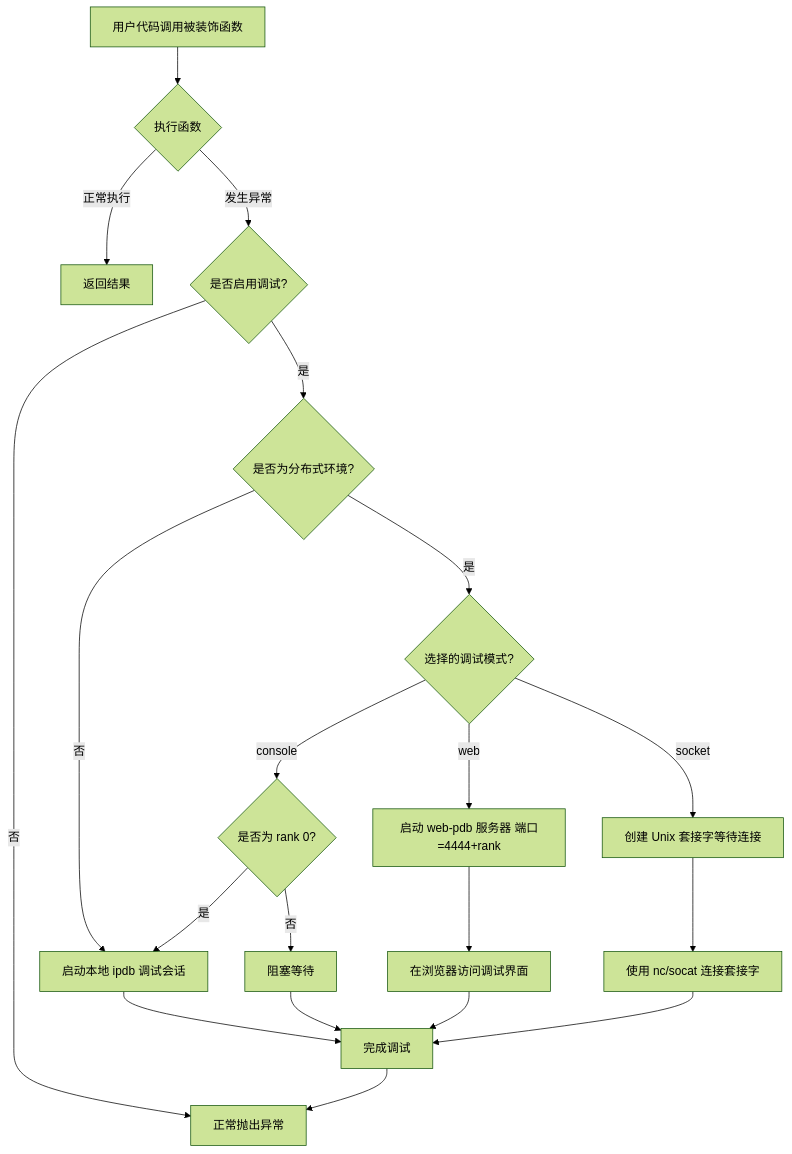
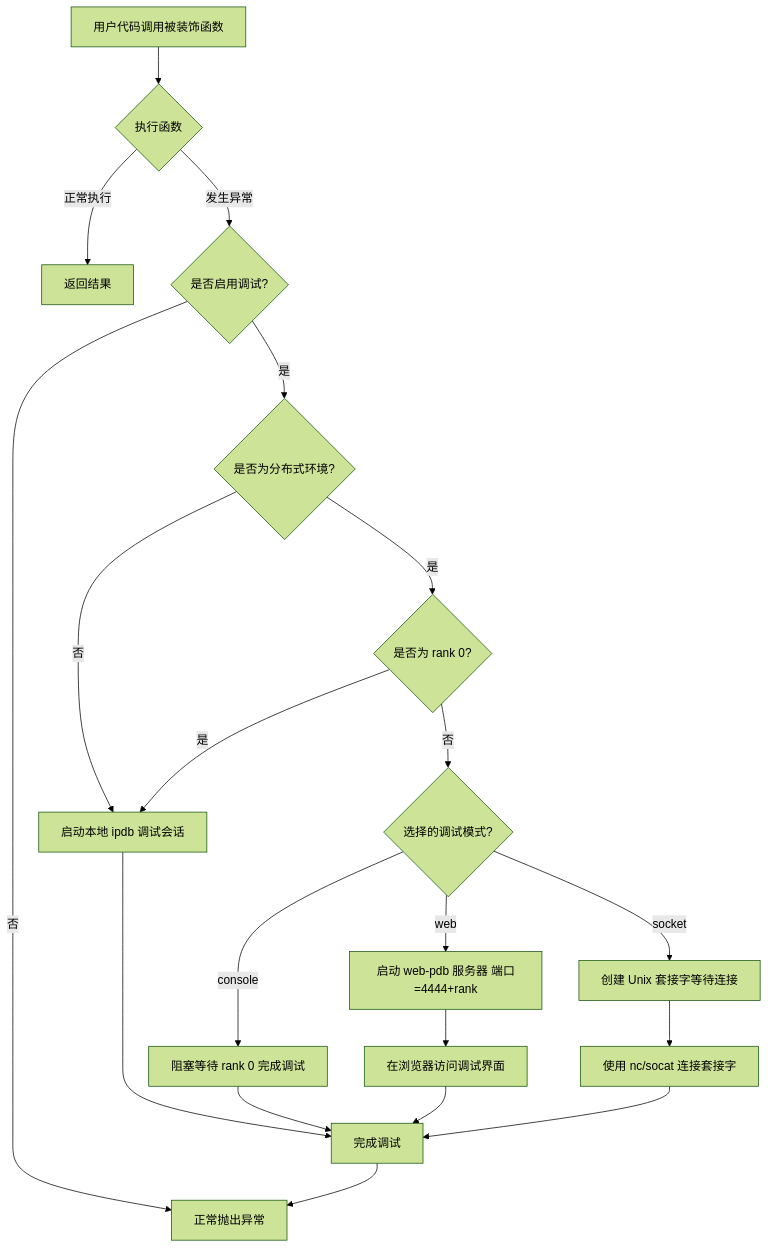
One commit to hhqx/py3_tools changed the first of 2 diagrams in examples/py_debug/readme.md. Above: the diagram before and after it, drawn with Mermaid (forest theme). The commit also changed other lines of this file and 3 other files, not shown here.

````diff
--- a/examples/py_debug/readme.md
+++ b/examples/py_debug/readme.md
@@ -235,22 +235,22 @@
 ```mermaid
 flowchart TD
     A[用户代码调用被装饰函数] --> B{执行函数}
     B -->|正常执行| C[返回结果]
     B -->|发生异常| D{是否启用调试?}
     D -->|否| E[正常抛出异常]
     D -->|是| F{是否为分布式环境?}
     F -->|否| G[启动本地 ipdb 调试会话]
-    F -->|是| H{选择的调试模式?}
-    H -->|console| I{是否为 rank 0?}
-    I -->|是| G
-    I -->|否| J[阻塞等待]
-    H -->|web| K[启动 web-pdb 服务器 端口=4444+rank]
-    H -->|socket| L[创建 Unix 套接字等待连接]
+    F -->|是| H{是否为 rank 0?}
+    H -->|是| G[启动本地 ipdb 调试会话]
+    H -->|否| I{选择的调试模式?}
+    I -->|console| J[阻塞等待 rank 0 完成调试]
+    I -->|web| K[启动 web-pdb 服务器 端口=4444+rank]
+    I -->|socket| L[创建 Unix 套接字等待连接]
     K --> M[在浏览器访问调试界面]
     L --> N[使用 nc/socat 连接套接字]
     G --> O[完成调试]
     J --> O
     M --> O
     N --> O
     O --> E
 ```
````
